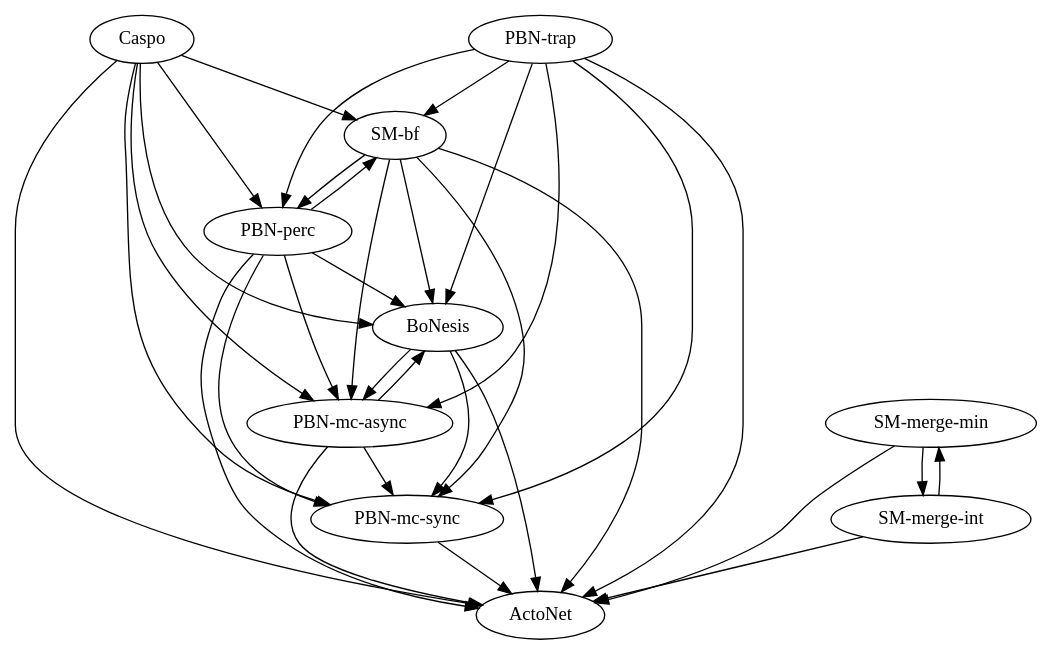
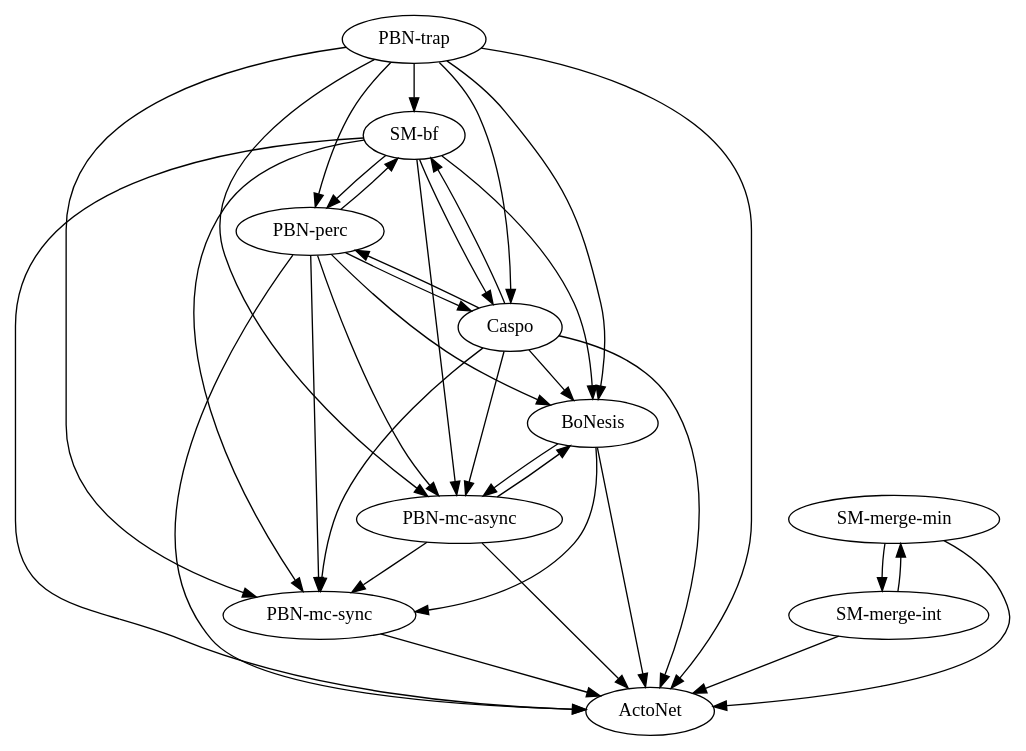
One commit to kalebmoon07/BN-control-taxonomy changed the diagram in experiments/results/practical/T-LGL/_graph.dot. Above: the diagram before and after it, drawn with Graphviz. The commit also changed 39 other files, not shown here.

```diff
--- a/experiments/results/practical/T-LGL/_graph.dot
+++ b/experiments/results/practical/T-LGL/_graph.dot
@@ -1,45 +1,48 @@
 strict digraph  {
 "SM-bf";
 "PBN-mc-sync";
 "PBN-perc";
 Caspo;
 "PBN-trap";
 ActoNet;
 "PBN-mc-async";
 BoNesis;
 "SM-merge-min";
 "SM-merge-int";
 "SM-bf" -> "PBN-mc-sync";
 "SM-bf" -> "PBN-perc";
+"SM-bf" -> Caspo;
 "SM-bf" -> ActoNet;
 "SM-bf" -> "PBN-mc-async";
 "SM-bf" -> BoNesis;
 "PBN-mc-sync" -> ActoNet;
 "PBN-perc" -> "SM-bf";
 "PBN-perc" -> "PBN-mc-sync";
+"PBN-perc" -> Caspo;
 "PBN-perc" -> ActoNet;
 "PBN-perc" -> "PBN-mc-async";
 "PBN-perc" -> BoNesis;
 Caspo -> "SM-bf";
 Caspo -> "PBN-mc-sync";
 Caspo -> "PBN-perc";
 Caspo -> ActoNet;
 Caspo -> "PBN-mc-async";
 Caspo -> BoNesis;
 "PBN-trap" -> "SM-bf";
 "PBN-trap" -> "PBN-mc-sync";
 "PBN-trap" -> "PBN-perc";
+"PBN-trap" -> Caspo;
 "PBN-trap" -> ActoNet;
 "PBN-trap" -> "PBN-mc-async";
 "PBN-trap" -> BoNesis;
 "PBN-mc-async" -> "PBN-mc-sync";
 "PBN-mc-async" -> ActoNet;
 "PBN-mc-async" -> BoNesis;
 BoNesis -> "PBN-mc-sync";
 BoNesis -> ActoNet;
 BoNesis -> "PBN-mc-async";
 "SM-merge-min" -> "SM-merge-int";
 "SM-merge-min" -> ActoNet;
 "SM-merge-int" -> "SM-merge-min";
 "SM-merge-int" -> ActoNet;
 }
```
